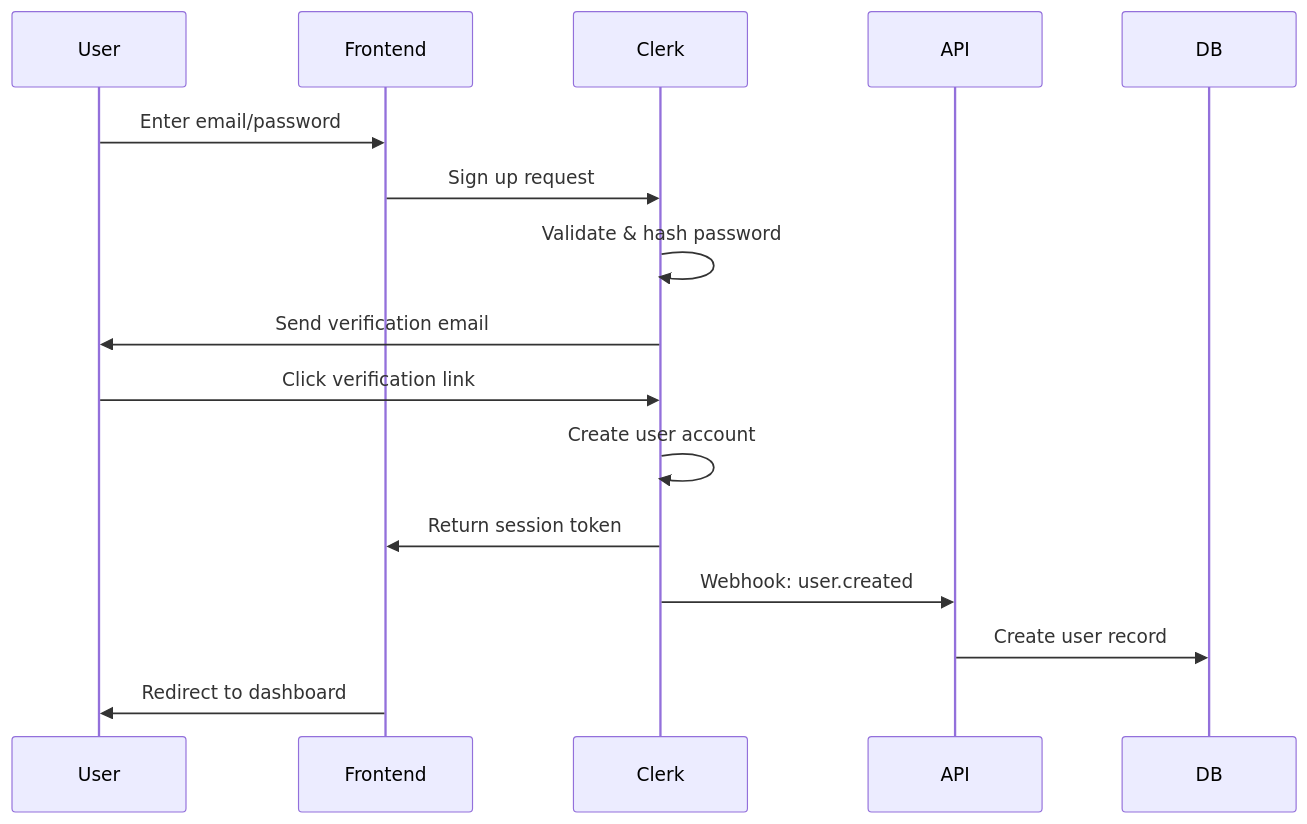
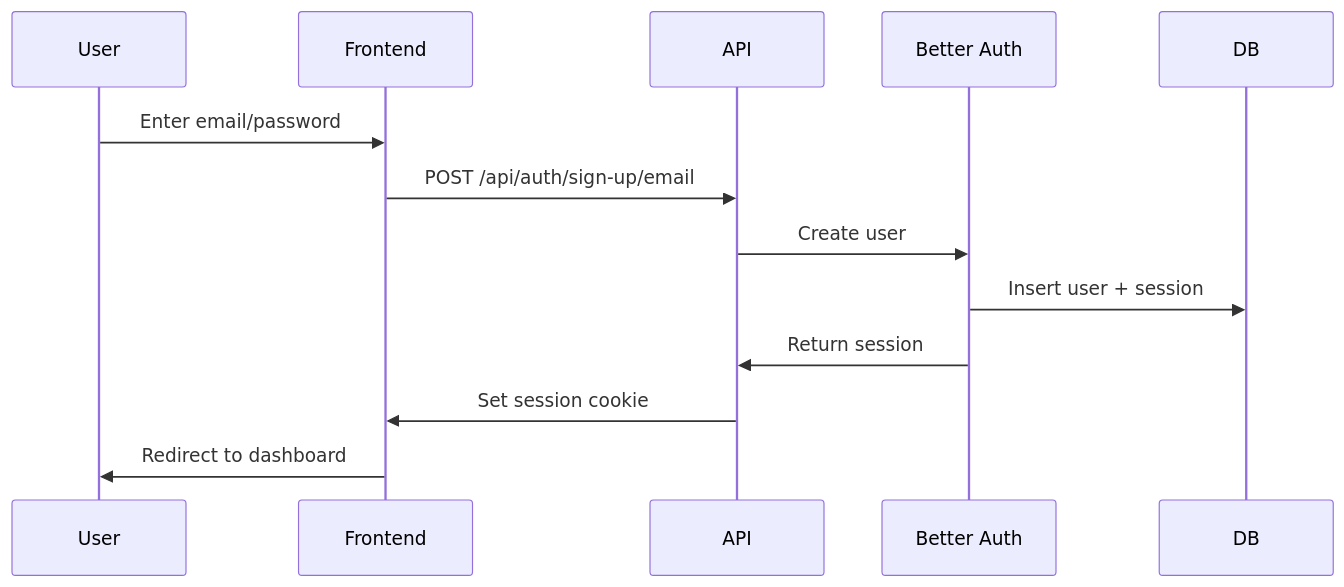
One commit to qazuor/hospeda changed the second of 5 diagrams in docs/security/authentication.md. Above: the diagram before and after it, drawn with Mermaid. The commit also changed other lines of this file and 57 other files, not shown here.

````diff
--- a/docs/security/authentication.md
+++ b/docs/security/authentication.md
@@ -401,19 +372,16 @@
 ```mermaid
 sequenceDiagram
     participant User
     participant Frontend
-    participant Clerk
     participant API
+    participant BetterAuth as Better Auth
     participant DB
 
     User->>Frontend: Enter email/password
-    Frontend->>Clerk: Sign up request
-    Clerk->>Clerk: Validate & hash password
-    Clerk->>User: Send verification email
-    User->>Clerk: Click verification link
-    Clerk->>Clerk: Create user account
-    Clerk->>Frontend: Return session token
-    Clerk->>API: Webhook: user.created
-    API->>DB: Create user record
+    Frontend->>API: POST /api/auth/sign-up/email
+    API->>BetterAuth: Create user
+    BetterAuth->>DB: Insert user + session
+    BetterAuth->>API: Return session
+    API->>Frontend: Set session cookie
     Frontend->>User: Redirect to dashboard
 ```
````
